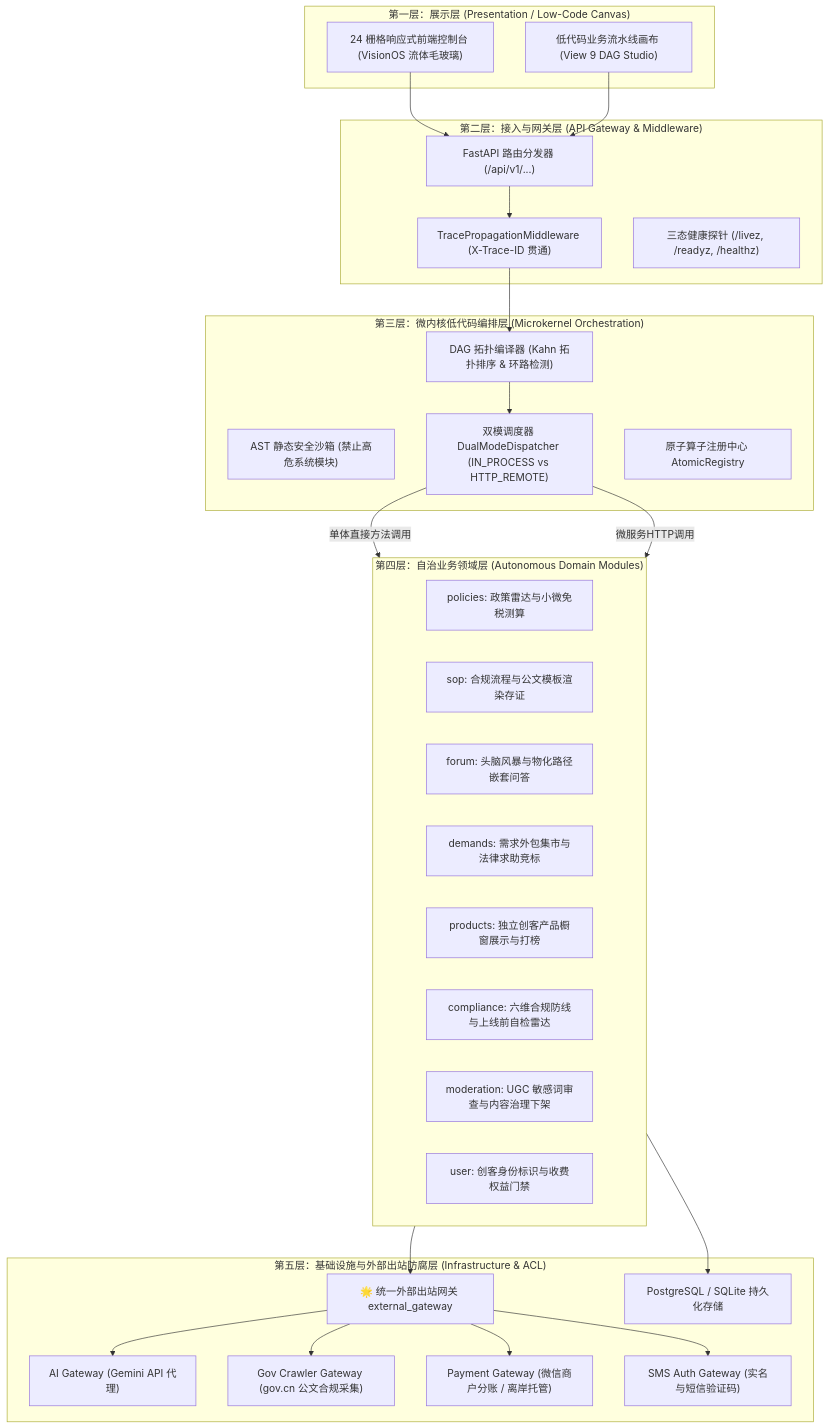
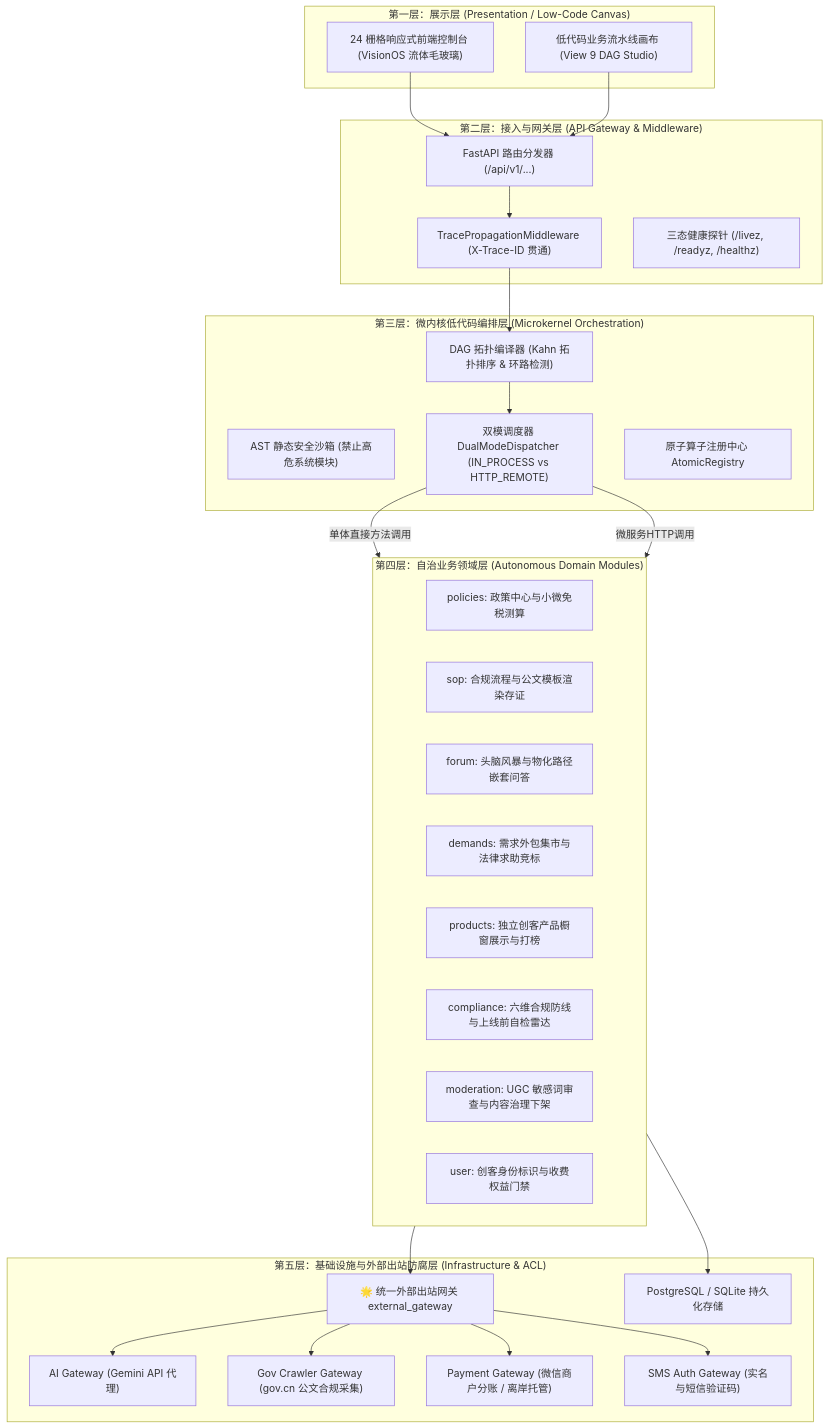
One commit to zhaoxuan-inside/OpcHub changed the first of 6 diagrams in hs_dev_docs/_03_architecture_design/_03_detailed_design/_04_framework_detailed_design.md. Above: the diagram before and after it, drawn with Mermaid. The commit also changed 21 other files, not shown here.

````diff
--- a/hs_dev_docs/_03_architecture_design/_03_detailed_design/_04_framework_detailed_design.md
+++ b/hs_dev_docs/_03_architecture_design/_03_detailed_design/_04_framework_detailed_design.md
@@ -30,53 +30,53 @@
 ```mermaid
 flowchart TD
     subgraph L1["第一层：展示层 (Presentation / Low-Code Canvas)"]
         UI1["24 栅格响应式前端控制台 (VisionOS 流体毛玻璃)"]
         UI2["低代码业务流水线画布 (View 9 DAG Studio)"]
     end
 
     subgraph L2["第二层：接入与网关层 (API Gateway & Middleware)"]
         GW1["FastAPI 路由分发器 (/api/v1/...)"]
         GW2["TracePropagationMiddleware (X-Trace-ID 贯通)"]
         GW3["三态健康探针 (/livez, /readyz, /healthz)"]
     end
 
     subgraph L3["第三层：微内核低代码编排层 (Microkernel Orchestration)"]
         MK1["DAG 拓扑编译器 (Kahn 拓扑排序 & 环路检测)"]
         MK2["AST 静态安全沙箱 (禁止高危系统模块)"]
         MK3["双模调度器 DualModeDispatcher (IN_PROCESS vs HTTP_REMOTE)"]
         MK4["原子算子注册中心 AtomicRegistry"]
     end
 
     subgraph L4["第四层：自治业务领域层 (Autonomous Domain Modules)"]
-        D1["policies: 政策雷达与小微免税测算"]
+        D1["policies: 政策中心与小微免税测算"]
         D2["sop: 合规流程与公文模板渲染存证"]
         D3["forum: 头脑风暴与物化路径嵌套问答"]
         D4["demands: 需求外包集市与法律求助竞标"]
         D5["products: 独立创客产品橱窗展示与打榜"]
         D6["compliance: 六维合规防线与上线前自检雷达"]
         D7["moderation: UGC 敏感词审查与内容治理下架"]
         D8["user: 创客身份标识与收费权益门禁"]
     end
 
     subgraph L5["第五层：基础设施与外部出站防腐层 (Infrastructure & ACL)"]
         EX["🌟 统一外部出站网关 external_gateway"]
         EX1["AI Gateway (Gemini API 代理)"]
         EX2["Gov Crawler Gateway (gov.cn 公文合规采集)"]
         EX3["Payment Gateway (微信商户分账 / 离岸托管)"]
         EX4["SMS Auth Gateway (实名与短信验证码)"]
         DB["PostgreSQL / SQLite 持久化存储"]
     end
 
     UI1 --> GW1
     UI2 --> GW1
     GW1 --> GW2 --> MK1
     MK1 --> MK3
     MK3 -->|单体直接方法调用| L4
     MK3 -->|微服务HTTP调用| L4
     L4 --> EX
     EX --> EX1
     EX --> EX2
     EX --> EX3
     EX --> EX4
     L4 --> DB
 ```
````
